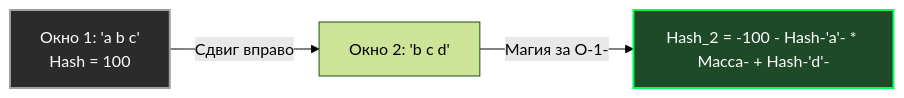
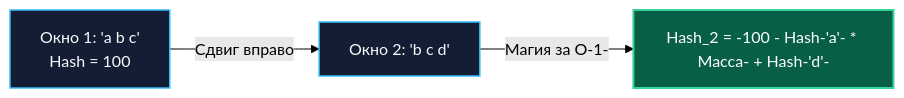
Before and after one commit to UnrealTemplier/go-textbook: the diagram in sources/20. Алгоритмы и структуры данных (DSA) на Go/12. Строки/3. Алгоритм Рабина Карпа.md, drawn with Mermaid (forest theme). The commit also changed other lines of this file, not shown here.

````diff
--- a/sources/20. Алгоритмы и структуры данных (DSA) на Go/12. Строки/3. Алгоритм Рабина Карпа.md
+++ b/sources/20. Алгоритмы и структуры данных (DSA) на Go/12. Строки/3. Алгоритм Рабина Карпа.md
@@ -24,8 +25,9 @@
 ```mermaid
 flowchart LR
     A["Окно 1: 'a b c'<br>Hash = 100"] -->|"Сдвиг вправо"| B["Окно 2: 'b c d'"]
     B -->|"Магия за O-1-"| C["Hash_2 = -100 - Hash-'a'- * Масса- + Hash-'d'-"]
-    
-    style A fill:#2b2b2b,stroke:#a0a0a0,stroke-width:2px,color:#fff
-    style C fill:#1e4a28,stroke:#00ff55,stroke-width:2px,color:#fff
+
+    classDef default fill:#131d33,stroke:#38bdf8,stroke-width:1.5px,color:#f8fafc;
+    classDef hashNode fill:#065f46,stroke:#34d399,stroke-width:2px,color:#ffffff;
+    class C hashNode;
 ```
````
